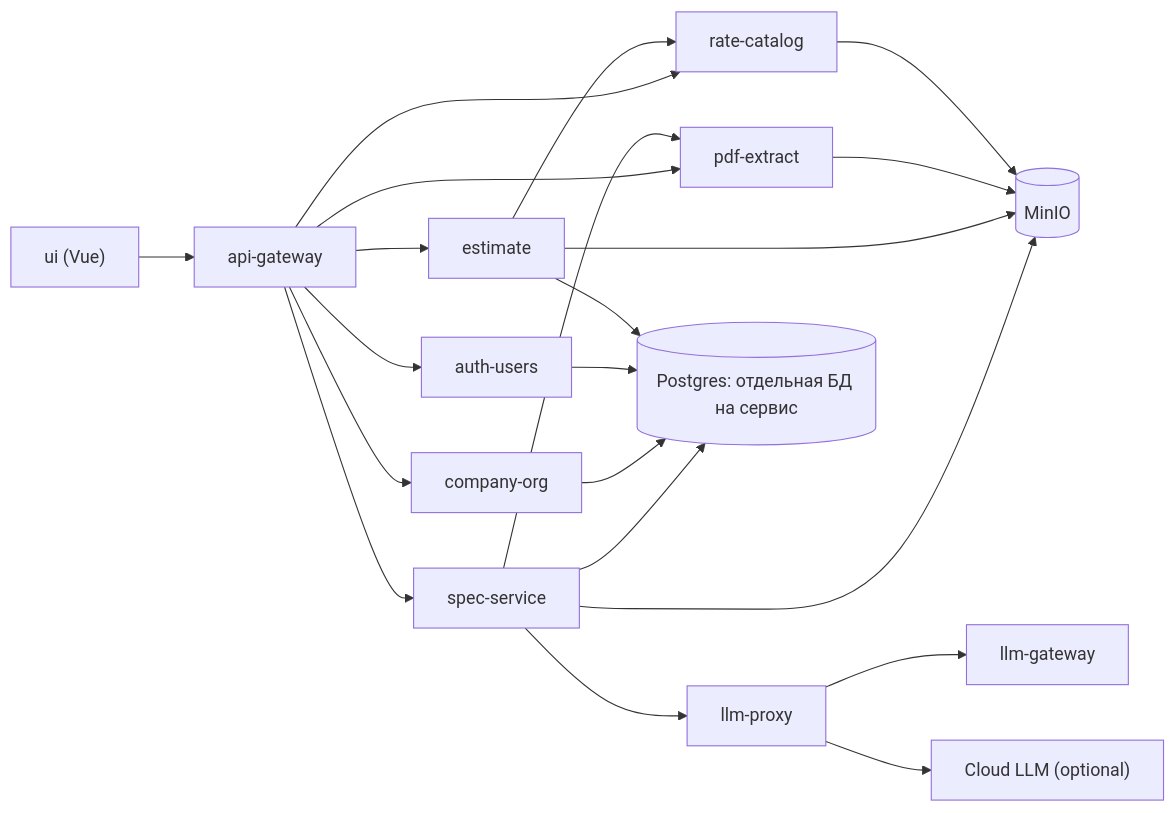
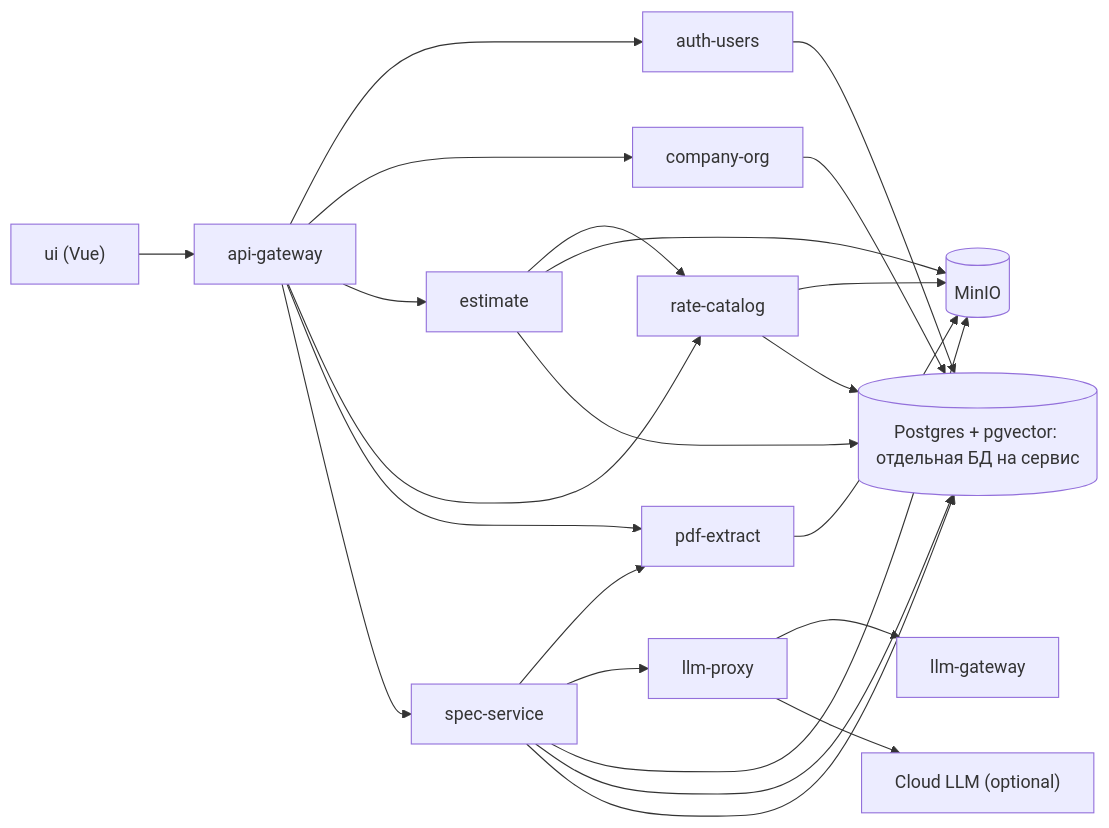
The second of 2 diagrams in docs/architecture-spine.md (VicShved/smeta-core), drawn with Mermaid before and after one commit. The commit also changed other lines of this file and 20 other files, not shown here.

````diff
--- a/docs/architecture-spine.md
+++ b/docs/architecture-spine.md
@@ -156,23 +164,25 @@
 ```mermaid
 flowchart LR
   ui["ui (Vue)"] --> gw["api-gateway"]
   gw --> auth["auth-users"]
   gw --> org["company-org"]
   gw --> est["estimate"]
   gw --> cat["rate-catalog"]
   gw --> pdf["pdf-extract"]
   gw --> spec["spec-service"]
   spec --> pdf
   spec --> proxy["llm-proxy"]
   proxy --> llm["llm-gateway"]
   proxy --> cloud["Cloud LLM (optional)"]
   spec --> s3[("MinIO")]
   spec --> pg
   est --> cat
   est --> s3[("MinIO")]
   pdf --> s3
   cat --> s3
-  org --> pg[("Postgres: отдельная БД на сервис")]
+  cat --> pg[("Postgres + pgvector: отдельная БД на сервис")]
+  spec --> pg
+  org --> pg
   auth --> pg
   est --> pg
 ```
````
